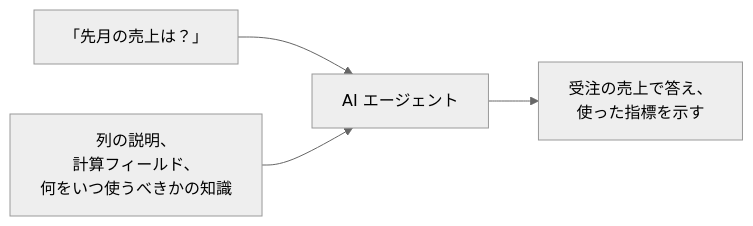
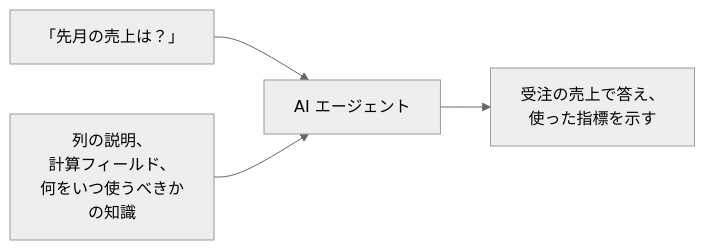
One commit to YoshitakaArakawa/SampleHyperStore changed the second of 4 diagrams in ja/README.md. Above: the diagram before and after it, drawn with Mermaid (neutral theme). The commit also changed other lines of this file and 2 other files, not shown here.

First line of the commit message:
Setup guides: apply review; README: shorter Mermaid label lines

````diff
--- a/ja/README.md
+++ b/ja/README.md
@@ -30,6 +31,7 @@
 ```mermaid
+%%{init: {"flowchart": {"wrappingWidth": 400}}}%%
 flowchart LR
     Q["「先月の売上は？」"] --> A["AI エージェント"]
-    K["列の説明、<br/>計算フィールド、<br/>何をいつ使うべきかの知識"] --> A
+    K["列の説明、<br/>計算フィールド、<br/>何をいつ使うべきか<br/>の知識"] --> A
     A --> R["受注の売上で答え、<br/>使った指標を示す"]
 ```
````
